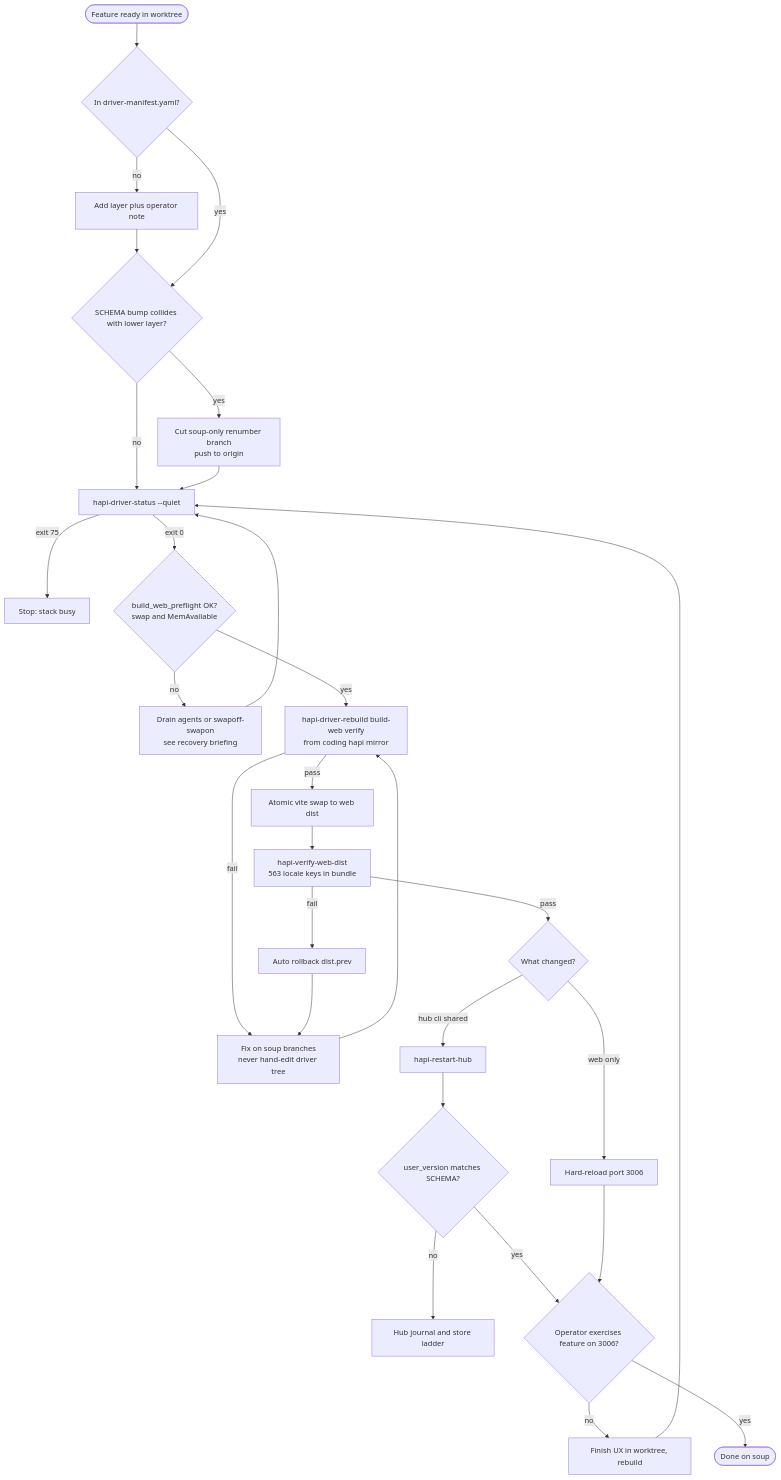
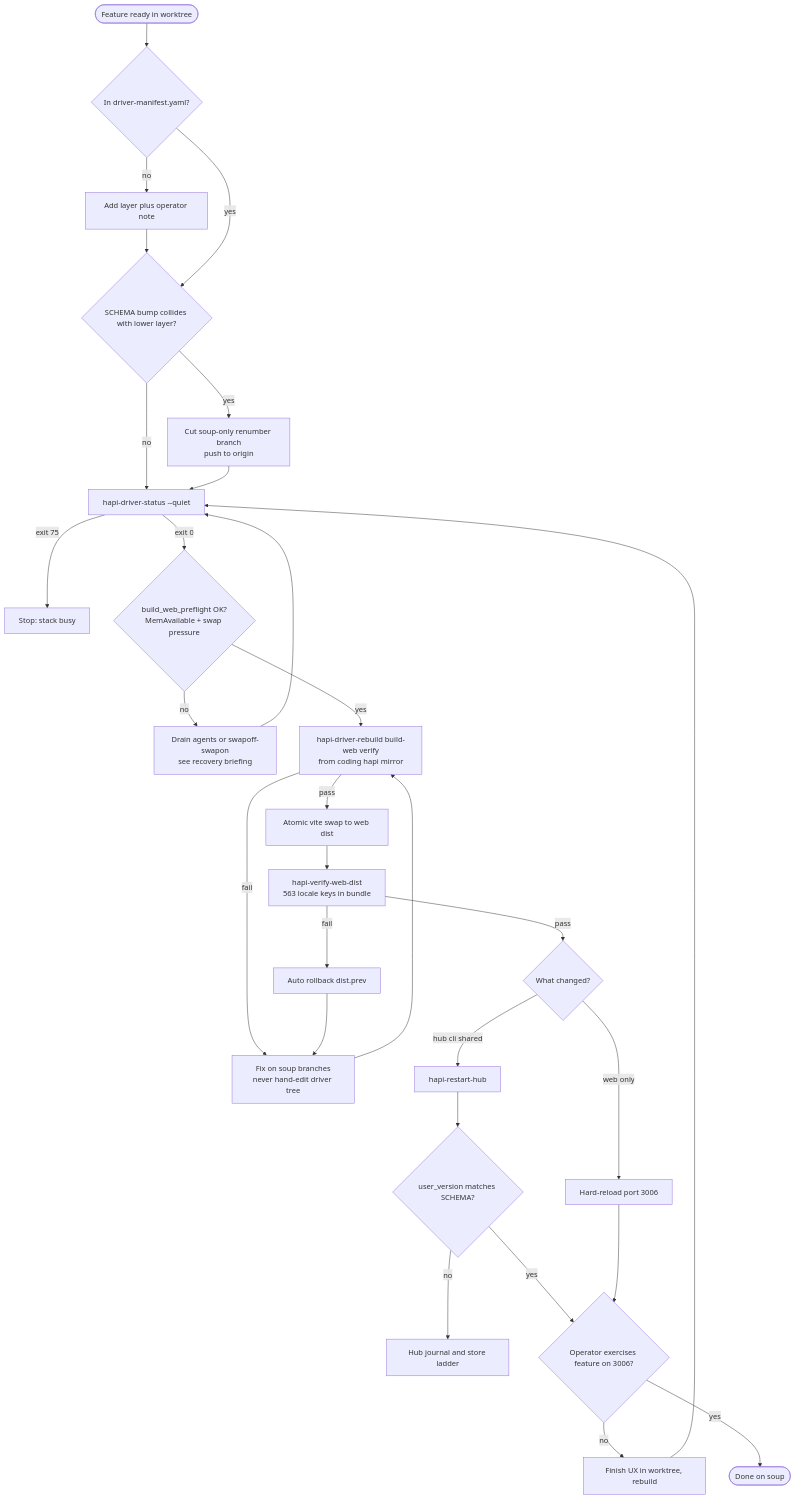
Before and after one commit to heavygee/hapi: the second of 2 diagrams in docs/tooling/feature-work-lifecycle.md, drawn with Mermaid. The commit also changed other lines of this file and 4 other files, not shown here.

First line of the commit message:
docs(tooling): RAM-aware build preflight + peer-owned soup promotion

````diff
--- a/docs/tooling/feature-work-lifecycle.md
+++ b/docs/tooling/feature-work-lifecycle.md
@@ -79,31 +79,31 @@
 ```mermaid
 flowchart TD
     START(["Feature ready in worktree"]) --> MANIFEST{"In driver-manifest.yaml?"}
     MANIFEST -->|no| ADD["Add layer plus operator note"]
     ADD --> COLLIDE
     MANIFEST -->|yes| COLLIDE{"SCHEMA bump collides with lower layer?"}
     COLLIDE -->|yes| RENUMBER["Cut soup-only renumber branch<br/>push to origin"]
     COLLIDE -->|no| PRECHECK
     RENUMBER --> PRECHECK["hapi-driver-status --quiet"]
     PRECHECK -->|exit 75| WAIT["Stop: stack busy"]
-    PRECHECK -->|exit 0| MEM{"build_web_preflight OK?<br/>swap and MemAvailable"}
+    PRECHECK -->|exit 0| MEM{"build_web_preflight OK?<br/>MemAvailable + swap pressure"}
     MEM -->|no| MEMFIX["Drain agents or swapoff-swapon<br/>see recovery briefing"]
     MEMFIX --> PRECHECK
     MEM -->|yes| REBUILD["hapi-driver-rebuild build-web verify<br/>from coding hapi mirror"]
     REBUILD -->|fail| FIX["Fix on soup branches<br/>never hand-edit driver tree"]
     FIX --> REBUILD
     REBUILD -->|pass| VITE["Atomic vite swap to web dist"]
     VITE --> VERIFY["hapi-verify-web-dist<br/>563 locale keys in bundle"]
     VERIFY -->|fail| ROLLBACK["Auto rollback dist.prev"]
     ROLLBACK --> FIX
     VERIFY -->|pass| WHAT{"What changed?"}
     WHAT -->|web only| WEBDONE["Hard-reload port 3006"]
     WHAT -->|hub cli shared| RESTART["hapi-restart-hub"]
     RESTART --> DB{"user_version matches SCHEMA?"}
     DB -->|no| DEBUG["Hub journal and store ladder"]
     DB -->|yes| PROOF{"Operator exercises feature on 3006?"}
     WEBDONE --> PROOF
     PROOF -->|no| IMPL2["Finish UX in worktree, rebuild"]
     IMPL2 --> PRECHECK
     PROOF -->|yes| DONE(["Done on soup"])
 ```
````
